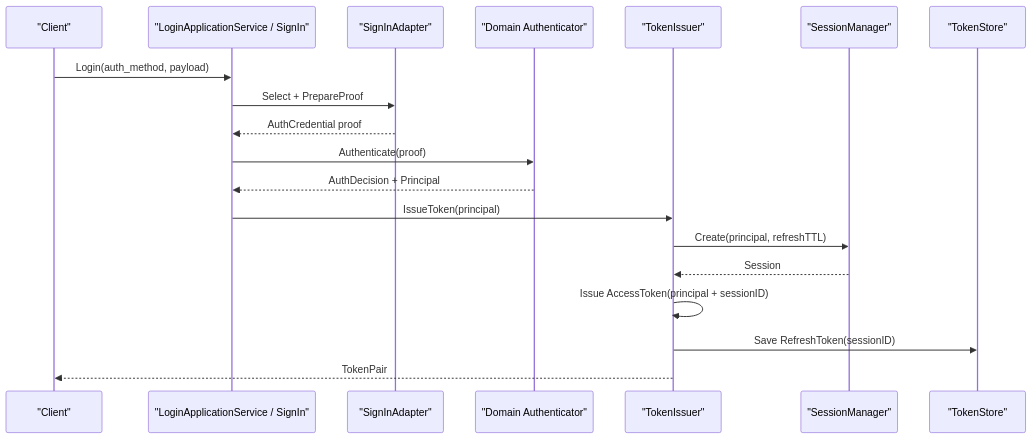
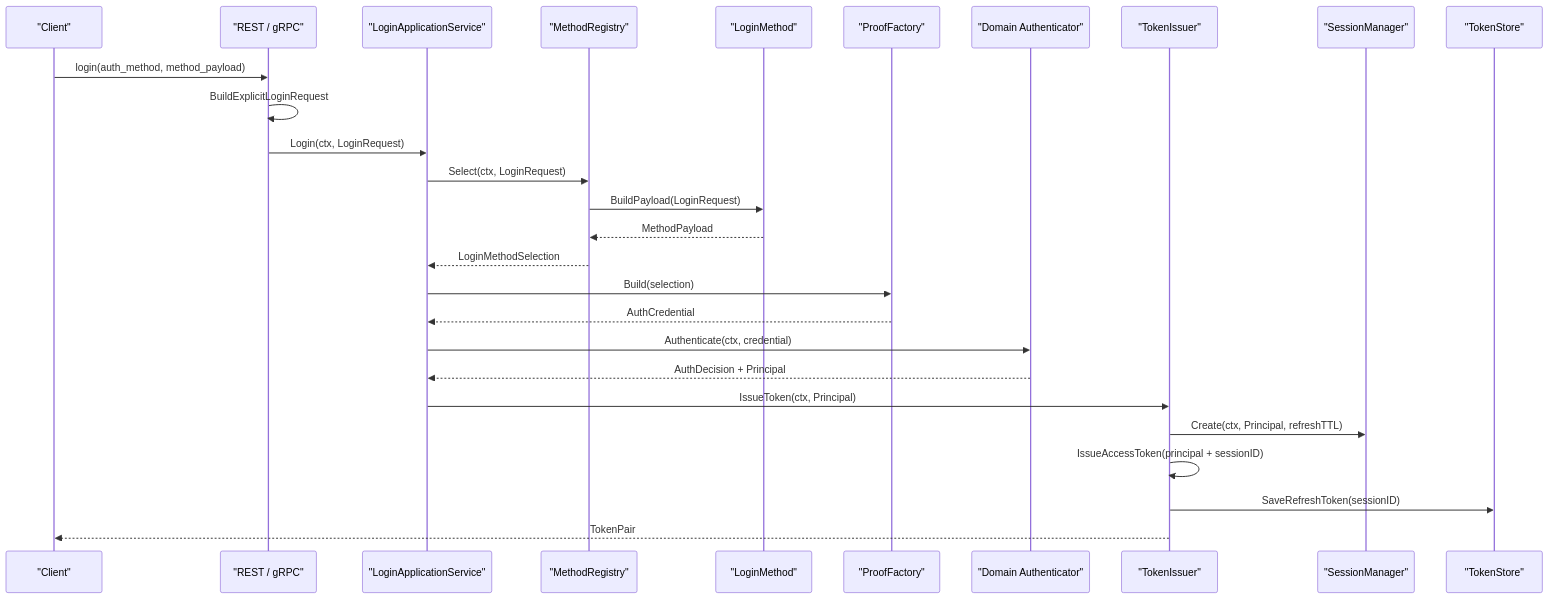
The second of 3 diagrams in docs/02-认证AuthN/README.md (FangcunMount/iam), drawn with Mermaid before and after one commit. The commit also changed other lines of this file and 5 other files, not shown here.

````diff
--- a/docs/02-认证AuthN/README.md
+++ b/docs/02-认证AuthN/README.md
@@ -227,22 +143,30 @@
 ```mermaid
 sequenceDiagram
     participant Client as "Client"
-    participant Login as "LoginApplicationService / SignIn"
-    participant Adapter as "SignInAdapter"
+    participant Transport as "REST / gRPC"
+    participant Login as "LoginApplicationService"
+    participant Registry as "MethodRegistry"
+    participant Method as "LoginMethod"
+    participant Proof as "ProofFactory"
     participant Authenticator as "Domain Authenticator"
     participant Issuer as "TokenIssuer"
     participant Session as "SessionManager"
     participant Store as "TokenStore"
 
-    Client->>Login: Login(auth_method, payload)
-    Login->>Adapter: Select + PrepareProof
-    Adapter-->>Login: AuthCredential proof
-    Login->>Authenticator: Authenticate(proof)
+    Client->>Transport: login(auth_method, method_payload)
+    Transport->>Transport: BuildExplicitLoginRequest
+    Transport->>Login: Login(ctx, LoginRequest)
+    Login->>Registry: Select(ctx, LoginRequest)
+    Registry->>Method: BuildPayload(LoginRequest)
+    Method-->>Registry: MethodPayload
+    Registry-->>Login: LoginMethodSelection
+    Login->>Proof: Build(selection)
+    Proof-->>Login: AuthCredential
+    Login->>Authenticator: Authenticate(ctx, credential)
     Authenticator-->>Login: AuthDecision + Principal
-    Login->>Issuer: IssueToken(principal)
-    Issuer->>Session: Create(principal, refreshTTL)
-    Session-->>Issuer: Session
-    Issuer->>Issuer: Issue AccessToken(principal + sessionID)
-    Issuer->>Store: Save RefreshToken(sessionID)
+    Login->>Issuer: IssueToken(ctx, Principal)
+    Issuer->>Session: Create(ctx, Principal, refreshTTL)
+    Issuer->>Issuer: IssueAccessToken(principal + sessionID)
+    Issuer->>Store: SaveRefreshToken(sessionID)
     Issuer-->>Client: TokenPair
 ```
````
